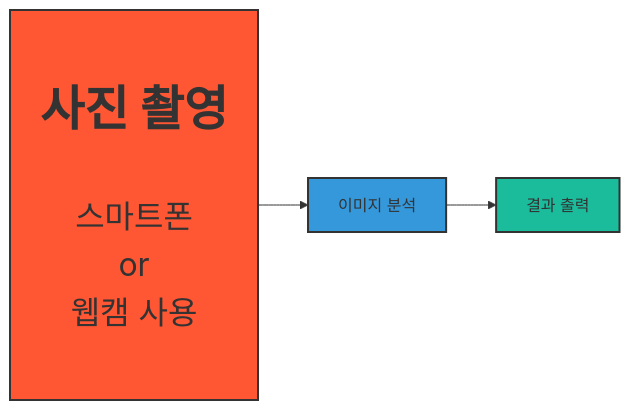
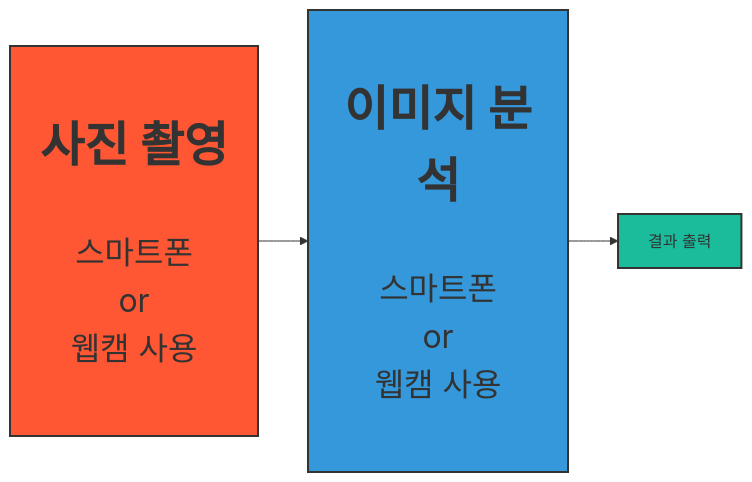
The diagram in Readme.md (201710808/-p), drawn with Mermaid before and after one commit.

````diff
--- a/Readme.md
+++ b/Readme.md
@@ -3,10 +3,10 @@
 ```mermaid
 graph LR
-A[<br><br><b><span style='font-size:48px'>사진 촬영</span></b>\n\n\n<span style='font-size:32px'>스마트폰\nor\n웹캠 사용<br><br>] --> B[이미지 분석]
+A[<br><br><b><span style='font-size:48px'>사진 촬영</span></b>\n\n\n<span style='font-size:32px'>스마트폰\nor\n웹캠 사용<br><br>] --> B[<br><br><b><span style='font-size:48px'>이미지 분석</span></b>\n\n\n<span style='font-size:32px'>스마트폰\nor\n웹캠 사용<br><br>]
 B --> C[결과 출력]
 
 style A fill:#FF5733,stroke:#333,stroke-width:2px
 style B fill:#3498db,stroke:#333,stroke-width:2px
 style C fill:#1abc9c,stroke:#333,stroke-width:2px
 
 ```
````
